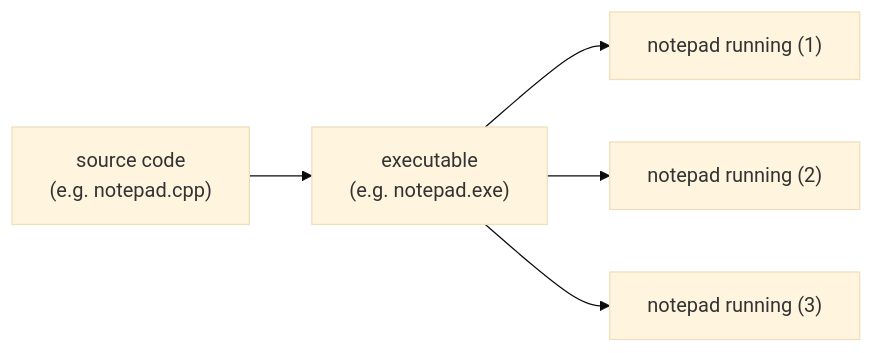
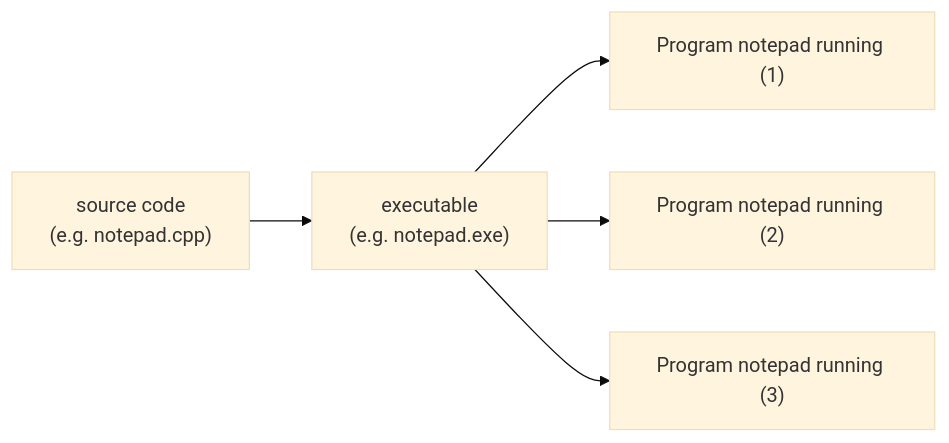
Before and after one commit to HoGentTIN/docker-intro: the first of 2 diagrams in docs/slides.md, drawn with Mermaid (base theme). The commit also changed other lines of this file and 4 other files, not shown here.

````diff
--- a/docs/slides.md
+++ b/docs/slides.md
@@ -134,9 +156,9 @@
 ```mermaid
 flowchart LR
     sourcecode["source code\n(e.g. notepad.cpp)"]
     executable["executable\n(e.g. notepad.exe)"]
     sourcecode --> executable
-    executable --> program1["notepad running (1)"]
-    executable --> program2["notepad running (2)"]
-    executable --> program3["notepad running (3)"]
+    executable --> program1["Program notepad running (1)"]
+    executable --> program2["Program notepad running (2)"]
+    executable --> program3["Program notepad running (3)"]
 ```
````
